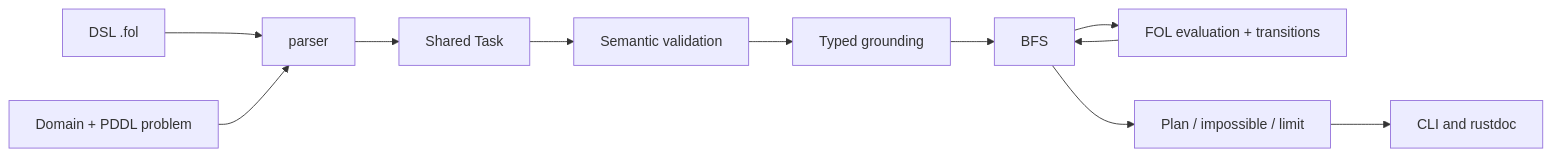
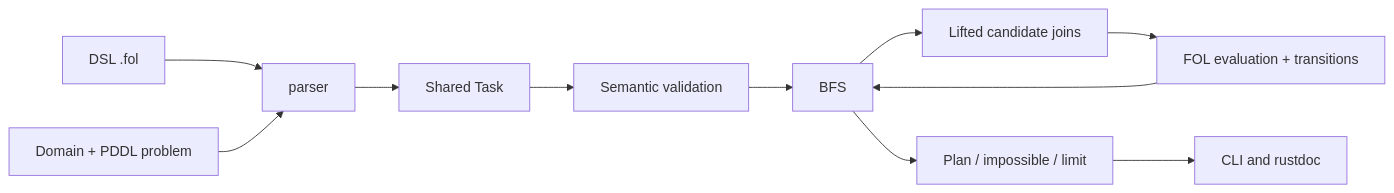
Before and after one commit to LucaSforza/PDDL-FOL: the second of 3 diagrams in kb/02-architecture.md, drawn with Mermaid. The commit also changed other lines of this file and 10 other files, not shown here.

````diff
--- a/kb/02-architecture.md
+++ b/kb/02-architecture.md
@@ -45,13 +45,13 @@
 ```mermaid
 flowchart LR
     F[DSL .fol] --> P[parser]
     D[Domain + PDDL problem] --> P
     P --> T[Shared Task]
     T --> V[Semantic validation]
-    V --> G[Typed grounding]
-    G --> B[BFS]
-    B --> E[FOL evaluation + transitions]
+    V --> B[BFS]
+    B --> G[Lifted candidate joins]
+    G --> E[FOL evaluation + transitions]
     E --> B
     B --> R[Plan / impossible / limit]
     R --> C[CLI and rustdoc]
 ```
````
